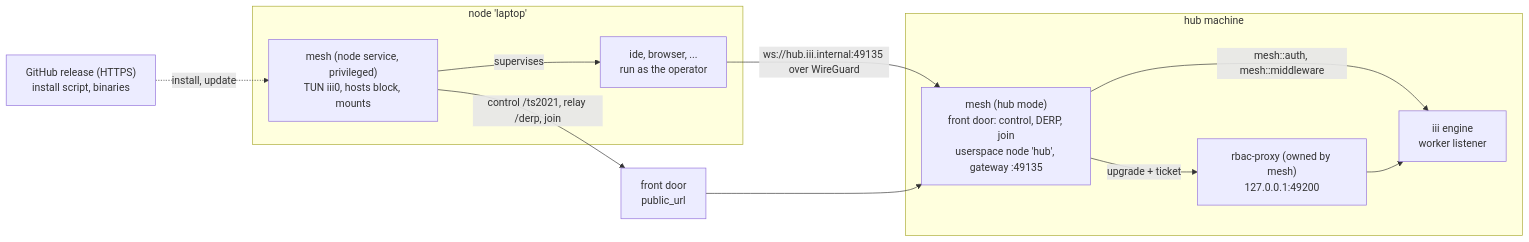
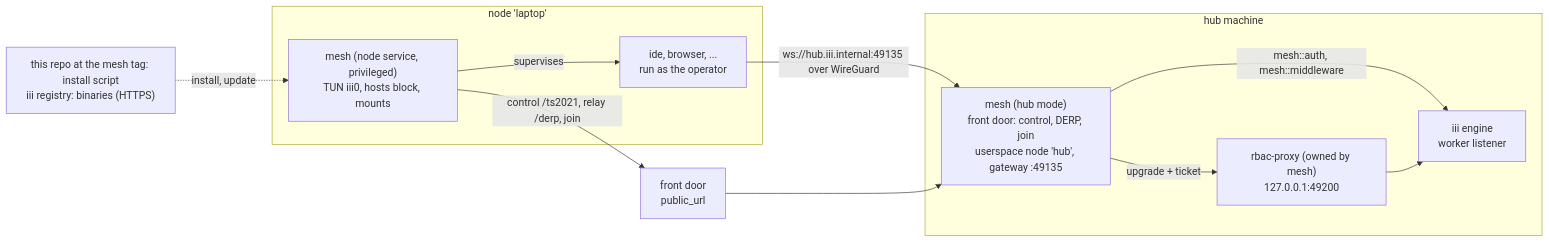
Before and after one commit to iii-hq/workers: the diagram in tech-specs/2026-10-mesh-worker/README.md, drawn with Mermaid. The commit also changed other lines of this file and 1 other file, not shown here.

First line of the commit message:
docs(tech-specs): mesh spec — deliver everything in one PR to this repo

````diff
--- a/tech-specs/2026-10-mesh-worker/README.md
+++ b/tech-specs/2026-10-mesh-worker/README.md
@@ -99,20 +99,20 @@
 ```mermaid
 flowchart LR
   subgraph HUB[hub machine]
     E["iii engine<br/>worker listener"]
     P["rbac-proxy (owned by mesh)<br/>127.0.0.1:49200"]
     M["mesh (hub mode)<br/>front door: control, DERP, join<br/>userspace node 'hub', gateway :49135"]
     M -- "mesh::auth, mesh::middleware" --> E
     M -- "upgrade + ticket" --> P
     P --> E
   end
   subgraph NODE["node 'laptop'"]
     S["mesh (node service, privileged)<br/>TUN iii0, hosts block, mounts"]
     W["ide, browser, ...<br/>run as the operator"]
     S -- supervises --> W
   end
   W -- "ws://hub.iii.internal:49135 over WireGuard" --> M
   S -- "control /ts2021, relay /derp, join" --> F["front door<br/>public_url"]
   F --> M
-  R["GitHub release (HTTPS)<br/>install script, binaries"] -. "install, update" .-> S
+  R["this repo at the mesh tag: install script<br/>iii registry: binaries (HTTPS)"] -. "install, update" .-> S
 ```
````
